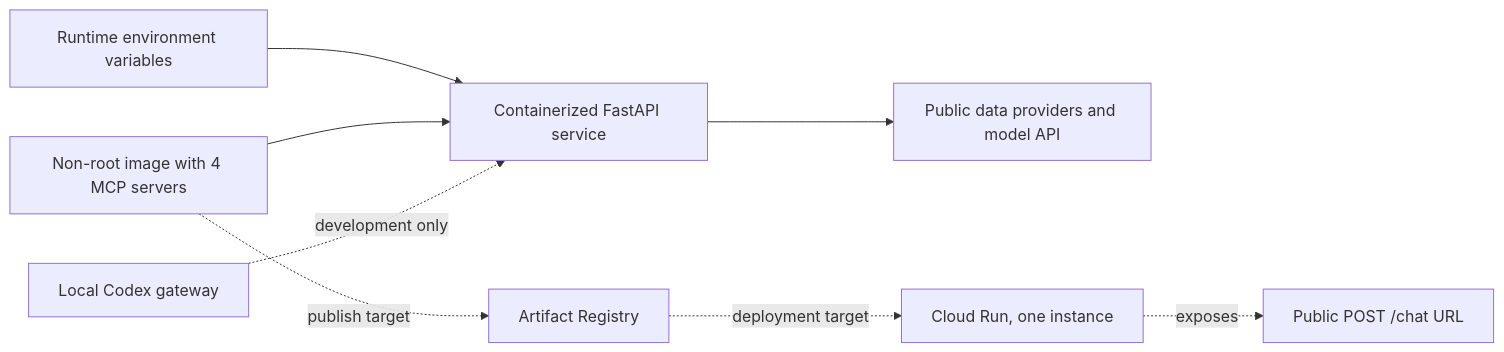
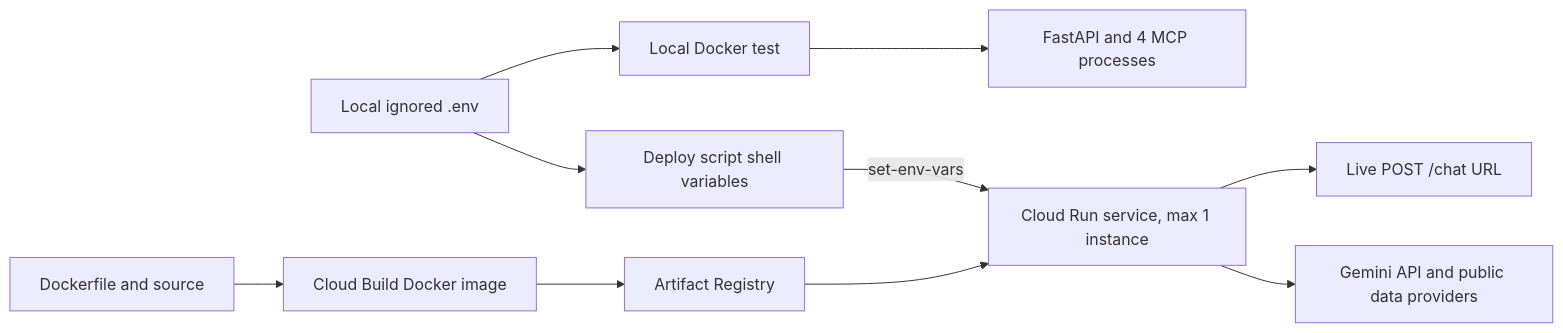
Before and after one commit to waderylan/prediction-market-agent: the third of 3 diagrams in README.md, drawn with Mermaid. The commit also changed other lines of this file and 19 other files, not shown here.

First line of the commit message:
Deploy Gemini agent to Cloud Run and connect local UI

````diff
--- a/README.md
+++ b/README.md
@@ -290,10 +318,12 @@
 ```mermaid
 flowchart LR
-    ENV[Runtime environment variables] --> APP[Containerized FastAPI service]
-    IMG[Non-root image with 4 MCP servers] --> APP
-    APP --> EXT[Public data providers and model API]
-    IMG -. publish target .-> AR[Artifact Registry]
-    AR -. deployment target .-> CR[Cloud Run, one instance]
-    CR -. exposes .-> URL[Public POST /chat URL]
-    DEV[Local Codex gateway] -. development only .-> APP
+    ENV[Local ignored .env] --> DEV[Local Docker test]
+    DEV --> APP[FastAPI and 4 MCP processes]
+    ENV --> SHELL[Deploy script shell variables]
+    SRC[Dockerfile and source] --> BUILD[Cloud Build Docker image]
+    BUILD --> AR[Artifact Registry]
+    AR --> CR[Cloud Run service, max 1 instance]
+    SHELL -->|set-env-vars| CR
+    CR --> URL[Live POST /chat URL]
+    CR --> EXT[Gemini API and public data providers]
 ```
````
